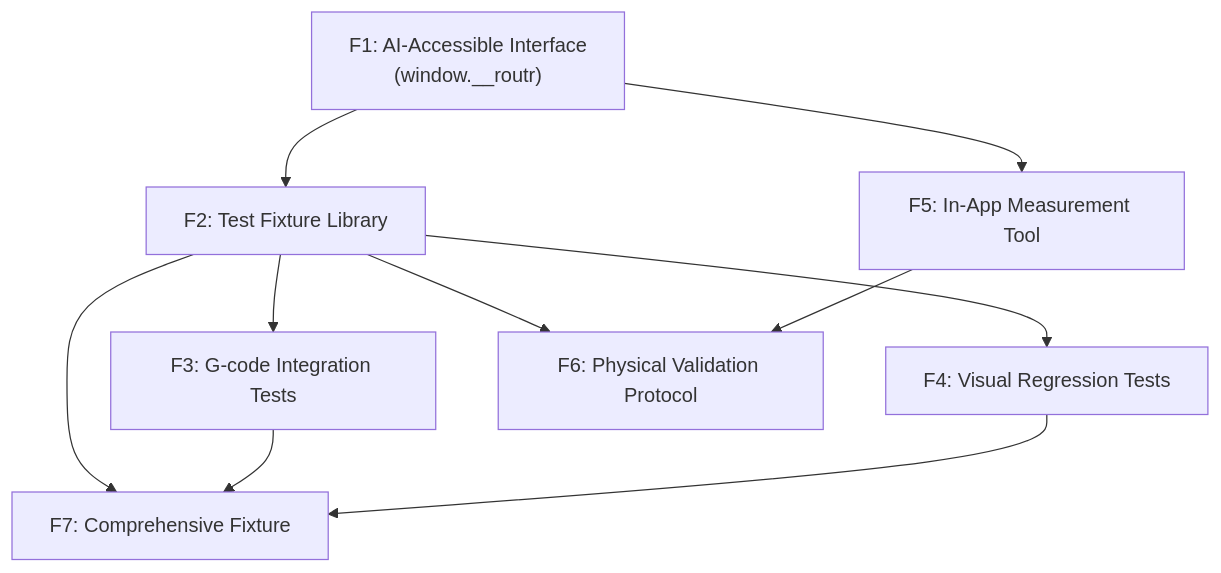
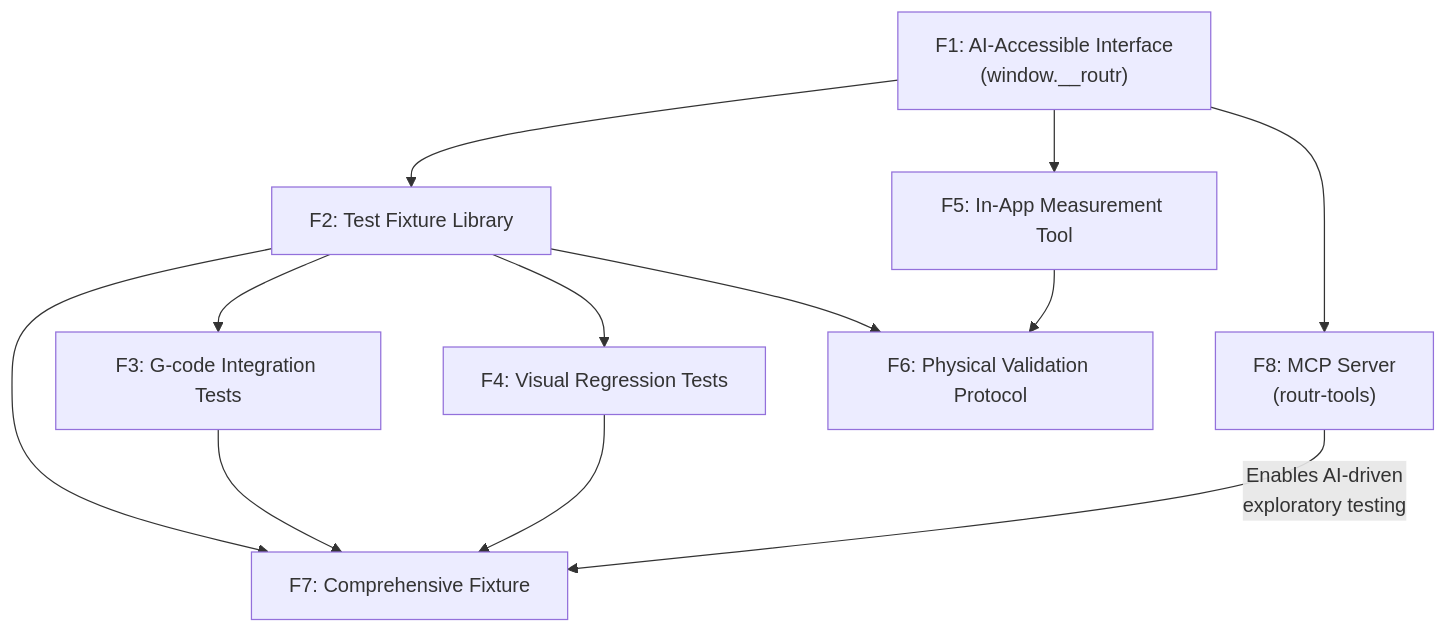
One commit to danhannah94/csdlc-docs changed the fifth of 5 diagrams in docs/projects/routr/epics/validation.md. Above: the diagram before and after it, drawn with Mermaid. The commit also changed other lines of this file, not shown here.

Commit message:
docs: validation epic - add MCP server for AI-driven exploratory testing + product integration layer

````diff
--- a/docs/projects/routr/epics/validation.md
+++ b/docs/projects/routr/epics/validation.md
@@ -514,12 +599,14 @@
 ```mermaid
 graph TD
     F1["F1: AI-Accessible Interface<br/>(window.__routr)"] --> F2["F2: Test Fixture Library"]
     F1 --> F5["F5: In-App Measurement Tool"]
+    F1 --> F8["F8: MCP Server<br/>(routr-tools)"]
     F2 --> F3["F3: G-code Integration Tests"]
     F2 --> F4["F4: Visual Regression Tests"]
     F2 --> F6["F6: Physical Validation Protocol"]
     F5 --> F6
     F2 --> F7["F7: Comprehensive Fixture"]
     F3 --> F7
     F4 --> F7
+    F8 --> |"Enables AI-driven<br/>exploratory testing"| F7
 ```
````
